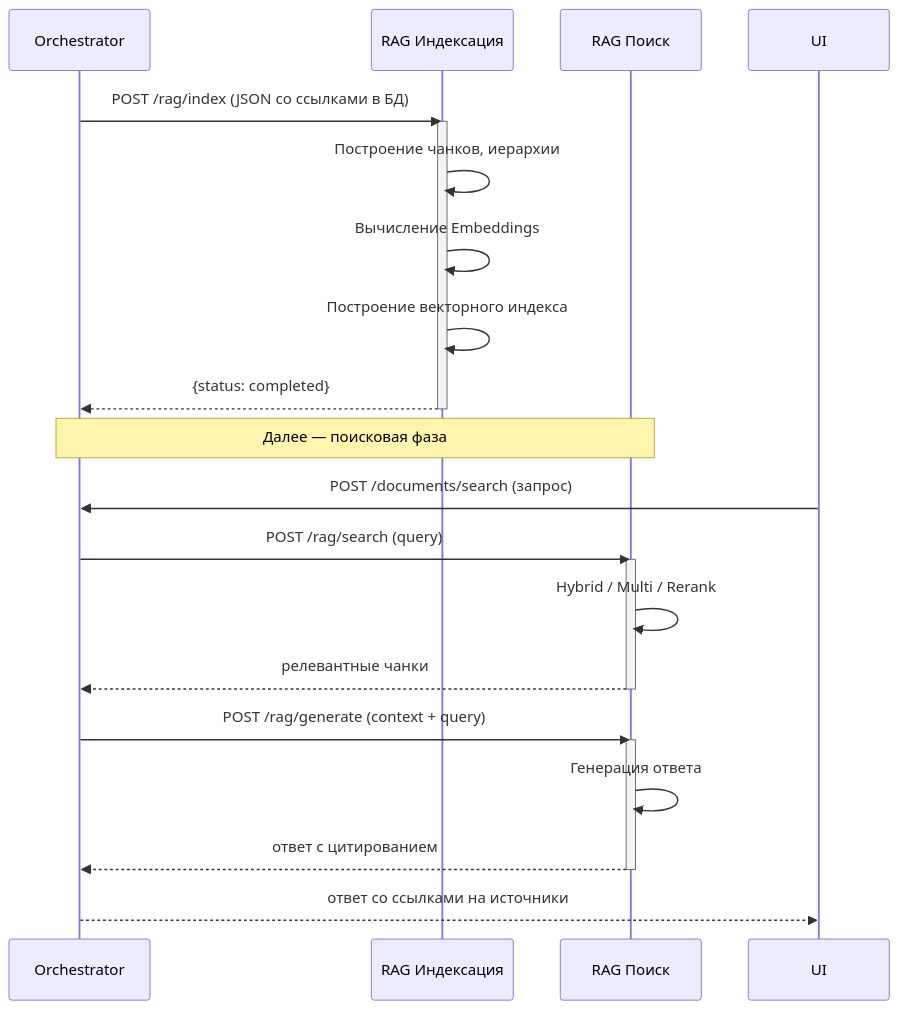
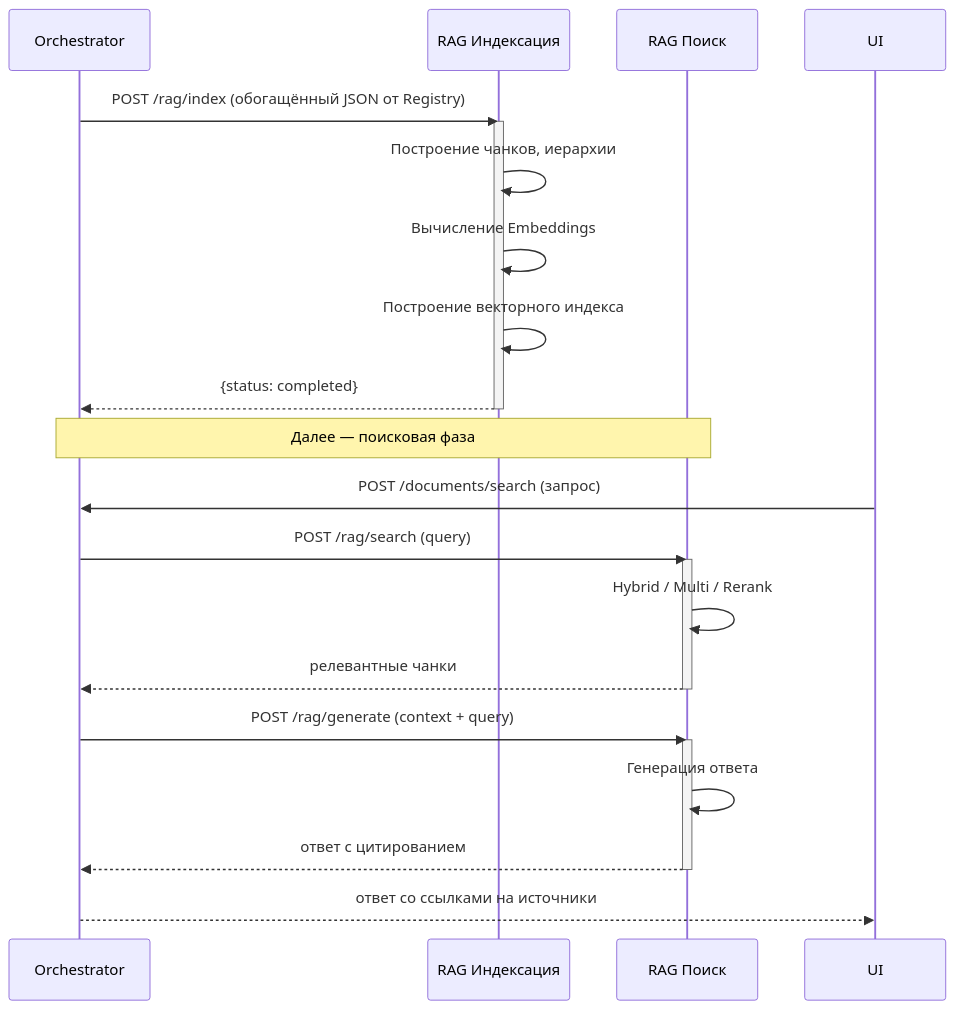
One commit to MasterKSAF/PKB changed the diagram in docs/pipelines/pipeline2-indexation.md. Above: the diagram before and after it, drawn with Mermaid. The commit also changed other lines of this file and 8 other files, not shown here.

First line of the commit message:
docs: align documentation with current architecture

````diff
--- a/docs/pipelines/pipeline2-indexation.md
+++ b/docs/pipelines/pipeline2-indexation.md
@@ -7,31 +7,31 @@
 ```mermaid
 sequenceDiagram
     participant Orch as Orchestrator
     participant RAGi as RAG Индексация
     participant RAGs as RAG Поиск
 
-    Orch->>RAGi: POST /rag/index (JSON со ссылками в БД)
+    Orch->>RAGi: POST /rag/index (обогащённый JSON от Registry)
     activate RAGi
     RAGi->>RAGi: Построение чанков, иерархии
     RAGi->>RAGi: Вычисление Embeddings
     RAGi->>RAGi: Построение векторного индекса
     RAGi-->>Orch: {status: completed}
     deactivate RAGi
 
     Note over Orch,RAGs: Далее — поисковая фаза
 
     UI->>Orch: POST /documents/search (запрос)
     Orch->>RAGs: POST /rag/search (query)
     activate RAGs
     RAGs->>RAGs: Hybrid / Multi / Rerank
     RAGs-->>Orch: релевантные чанки
     deactivate RAGs
 
     Orch->>RAGs: POST /rag/generate (context + query)
     activate RAGs
     RAGs->>RAGs: Генерация ответа
     RAGs-->>Orch: ответ с цитированием
     deactivate RAGs
 
     Orch-->>UI: ответ со ссылками на источники
 ```
````
